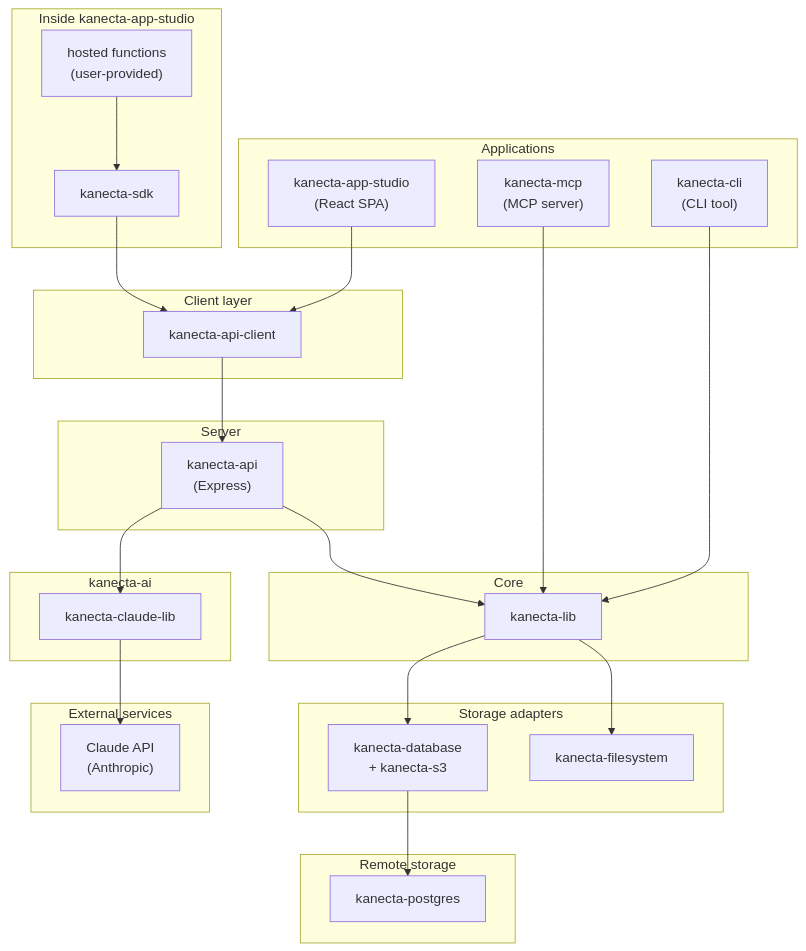
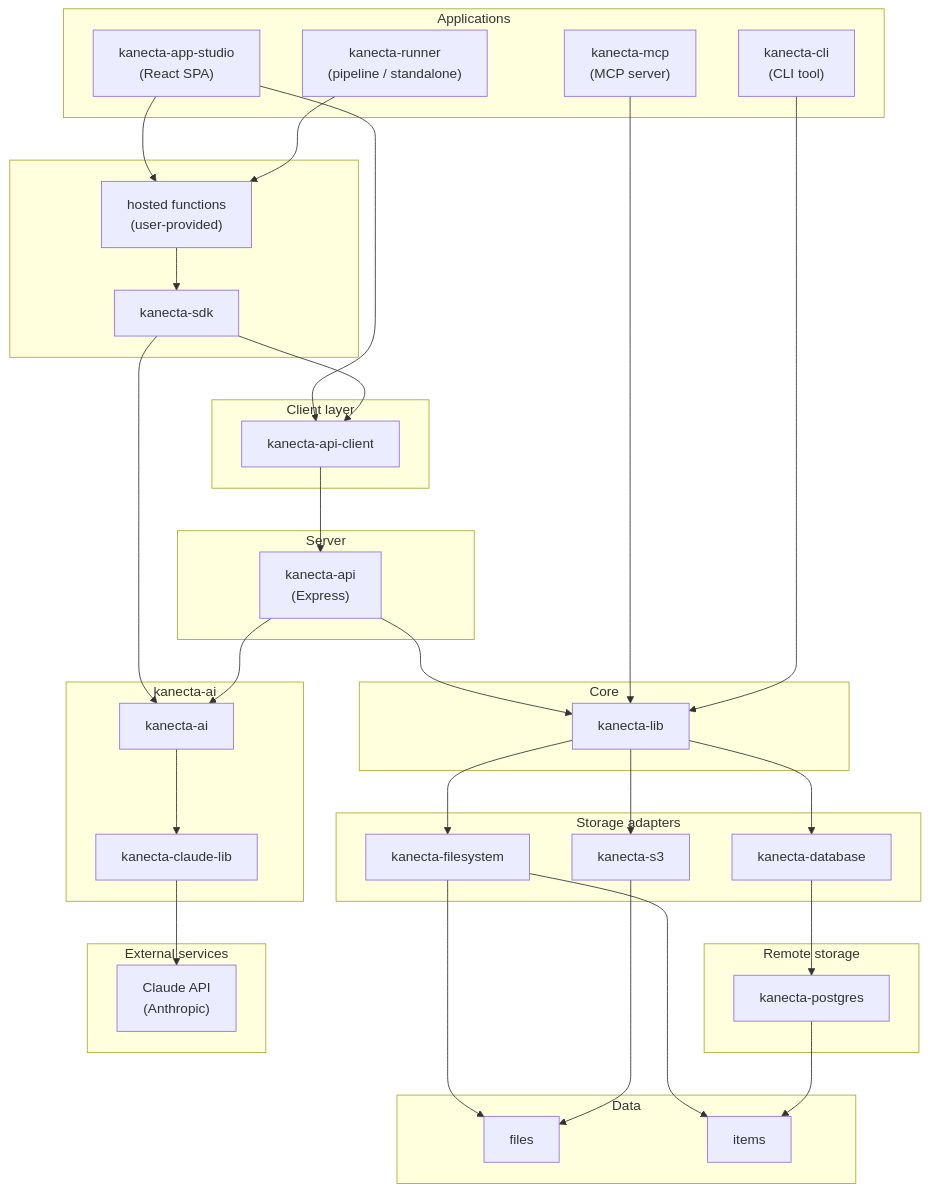
One commit to cloudsculptor/kanecta changed the diagram in kanecta-docs/architecture.adoc. Above: the diagram before and after it, drawn with Mermaid. The commit also changed other lines of this file, not shown here.

Commit message:
docs(architecture): refine diagram with kanecta-runner, AI links, and data flows
What changed:
- Fixed literal "\n" rendering in Mermaid node labels (use <br/> instead)
- Split kanecta-database and kanecta-s3 into independent storage adapters;
  only kanecta-database routes through kanecta-postgres
- Added kanecta-ai as an explicit node between kanecta-api and kanecta-claude-lib
- Added kanecta-runner application (pipeline/standalone function execution)
  alongside Studio, both feeding into hosted functions / kanecta-sdk
- Linked kanecta-sdk directly to kanecta-ai
- Linked Studio directly to hosted functions
- Added Data group (files, items) showing which storage adapters feed which
- Removed the "Inside kanecta-app-studio" subgraph label since it now also
  covers kanecta-runner

Why:
- Iterating the aspirational architecture diagram to accurately reflect
  planned package responsibilities and data flow before building them out

```diff
--- a/kanecta-docs/architecture.adoc
+++ b/kanecta-docs/architecture.adoc
@@ -9,58 +9,76 @@
 [mermaid]
 ....
 flowchart TB
     subgraph apps["Applications"]
-        Studio["kanecta-app-studio\n(React SPA)"]
-        MCP["kanecta-mcp\n(MCP server)"]
-        CLI["kanecta-cli\n(CLI tool)"]
+        Studio["kanecta-app-studio<br/>(React SPA)"]
+        MCP["kanecta-mcp<br/>(MCP server)"]
+        CLI["kanecta-cli<br/>(CLI tool)"]
+        Runner["kanecta-runner<br/>(pipeline / standalone)"]
     end
 
-    subgraph studio_internals["Inside kanecta-app-studio"]
-        Functions["hosted functions\n(user-provided)"]
+    subgraph studio_internals[" "]
+        Functions["hosted functions<br/>(user-provided)"]
         SDK["kanecta-sdk"]
         Functions --> SDK
     end
 
     subgraph clients["Client layer"]
         ApiClient["kanecta-api-client"]
     end
 
     subgraph server["Server"]
-        API["kanecta-api\n(Express)"]
+        API["kanecta-api<br/>(Express)"]
     end
 
     subgraph ai["kanecta-ai"]
+        AI["kanecta-ai"]
         ClaudeLib["kanecta-claude-lib"]
+        AI --> ClaudeLib
     end
 
     subgraph core["Core"]
         Lib["kanecta-lib"]
     end
 
     subgraph storage["Storage adapters"]
         FS["kanecta-filesystem"]
-        DB["kanecta-database\n+ kanecta-s3"]
+        DB["kanecta-database"]
+        S3["kanecta-s3"]
     end
 
     subgraph remote["Remote storage"]
         PG["kanecta-postgres"]
     end
 
+    subgraph data["Data"]
+        Files["files"]
+        Items["items"]
+    end
+
     subgraph external["External services"]
-        Claude["Claude API\n(Anthropic)"]
+        Claude["Claude API<br/>(Anthropic)"]
     end
 
     Studio --> ApiClient
+    Studio --> Functions
+    Runner --> Functions
     SDK --> ApiClient
+    SDK --> AI
     ApiClient --> API
     API --> Lib
-    API --> ClaudeLib
+    API --> AI
     ClaudeLib --> Claude
 
     MCP --> Lib
     CLI --> Lib
 
     Lib --> FS
     Lib --> DB
+    Lib --> S3
     DB --> PG
+
+    FS --> Files
+    FS --> Items
+    S3 --> Files
+    PG --> Items
 ....
```
